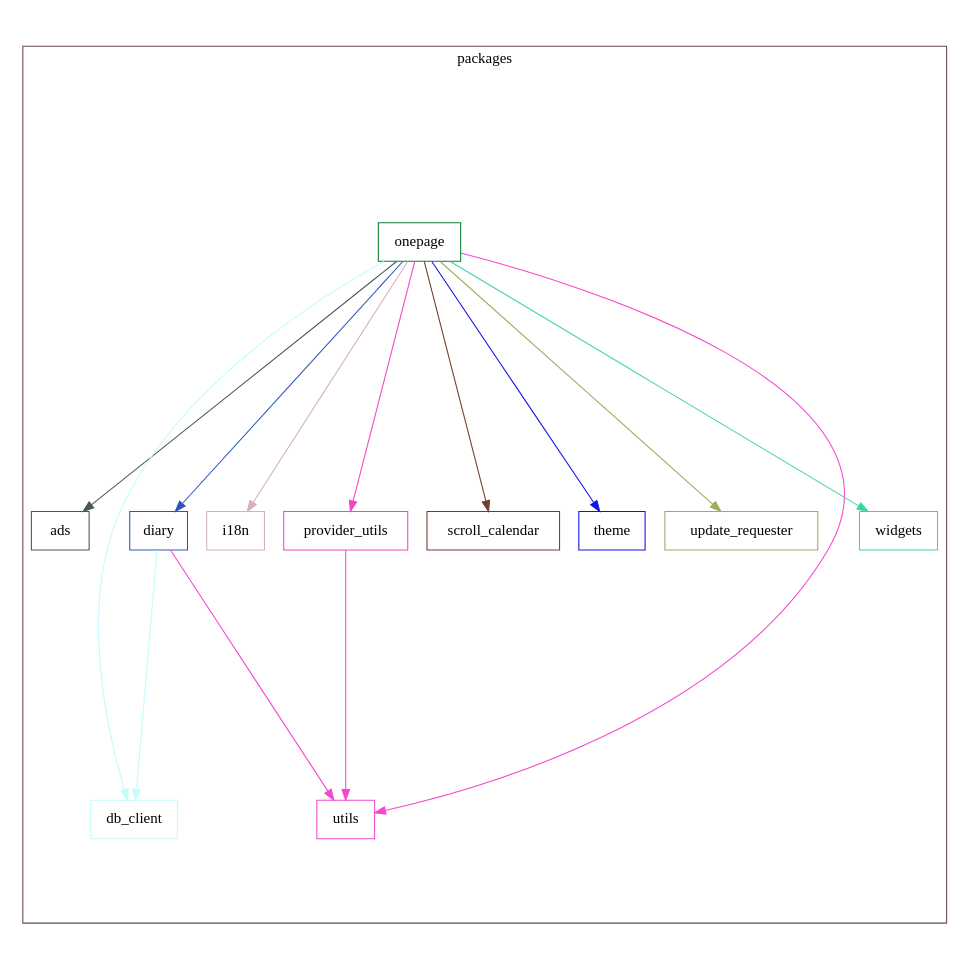
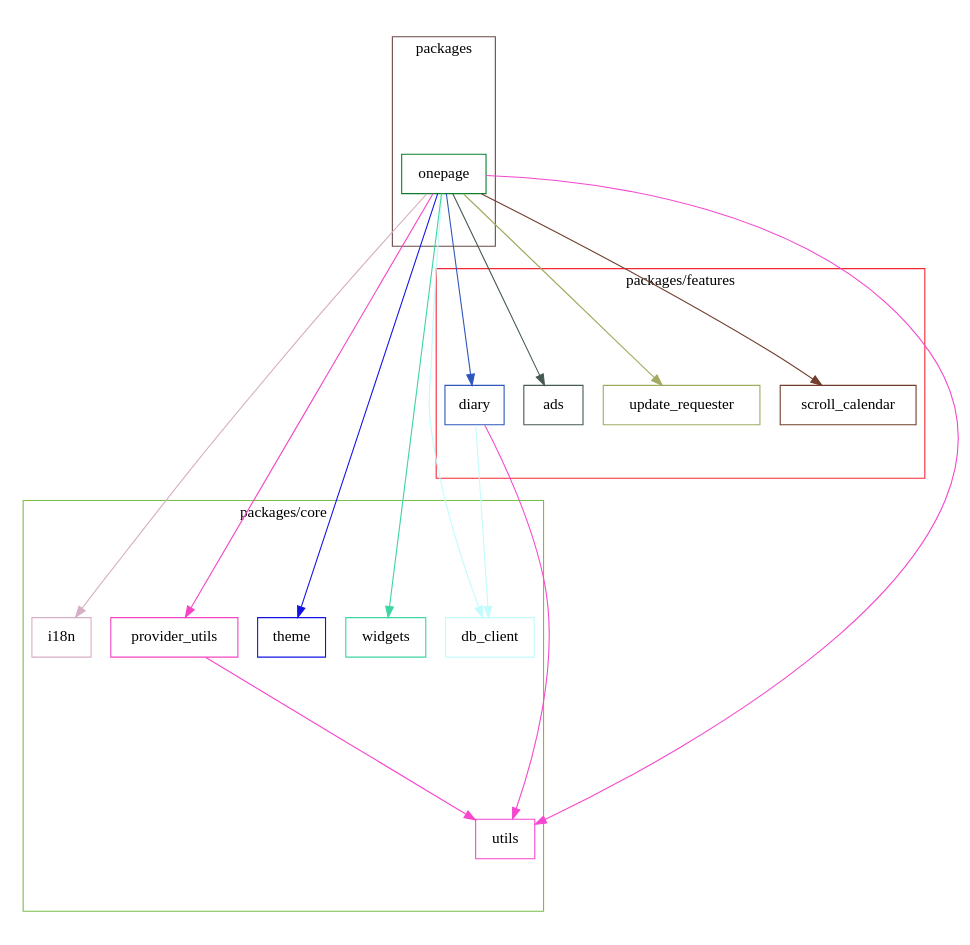
Before and after one commit to naipaka/onepage: the diagram in docs/dependency_graph.dot, drawn with Graphviz. The commit also changed 1 other file, not shown here.

Commit message:
Update Dependency Graph and SVG image (#19)

```diff
--- a/docs/dependency_graph.dot
+++ b/docs/dependency_graph.dot
@@ -1,42 +1,50 @@
 digraph packages {
   size="10"; ratio=fill;
   ads [shape="box"; color="#465953"];
   db_client [shape="box"; color="#c4fbfc"];
   diary [shape="box"; color="#2c56bd"];
   i18n [shape="box"; color="#d7afc5"];
   onepage [shape="box"; color="#08802d"];
   provider_utils [shape="box"; color="#f445c4"];
   scroll_calendar [shape="box"; color="#713e2e"];
   theme [shape="box"; color="#1214e6"];
   update_requester [shape="box"; color="#a2aa60"];
   utils [shape="box"; color="#f548cf"];
   widgets [shape="box"; color="#3ed5a4"];
   diary -> db_client [style="filled"; color="#c4fbfc"];
   diary -> utils [style="filled"; color="#f548cf"];
   onepage -> ads [style="filled"; color="#465953"];
   onepage -> db_client [style="filled"; color="#c4fbfc"];
   onepage -> diary [style="filled"; color="#2c56bd"];
   onepage -> i18n [style="filled"; color="#d7afc5"];
   onepage -> provider_utils [style="filled"; color="#f445c4"];
   onepage -> scroll_calendar [style="filled"; color="#713e2e"];
   onepage -> theme [style="filled"; color="#1214e6"];
   onepage -> update_requester [style="filled"; color="#a2aa60"];
   onepage -> utils [style="filled"; color="#f548cf"];
   onepage -> widgets [style="filled"; color="#3ed5a4"];
   provider_utils -> utils [style="filled"; color="#f548cf"];
+  subgraph "cluster packages/features" {
+    label="packages/features";
+    color="#f62736";
+    ads;
+    diary;
+    scroll_calendar;
+    update_requester;
+  }
+  subgraph "cluster packages/core" {
+    label="packages/core";
+    color="#7bbd47";
+    db_client;
+    i18n;
+    provider_utils;
+    theme;
+    utils;
+    widgets;
+  }
   subgraph "cluster packages" {
     label="packages";
     color="#6b4949";
-    ads;
-    db_client;
-    diary;
-    i18n;
     onepage;
-    provider_utils;
-    scroll_calendar;
-    theme;
-    update_requester;
-    utils;
-    widgets;
   }
 }
```
